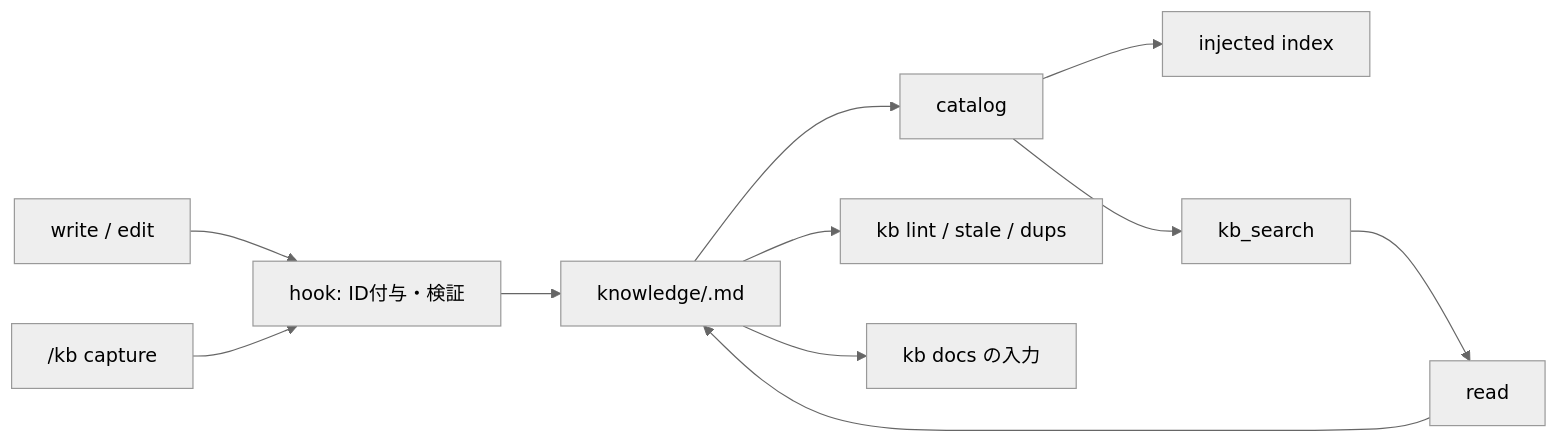
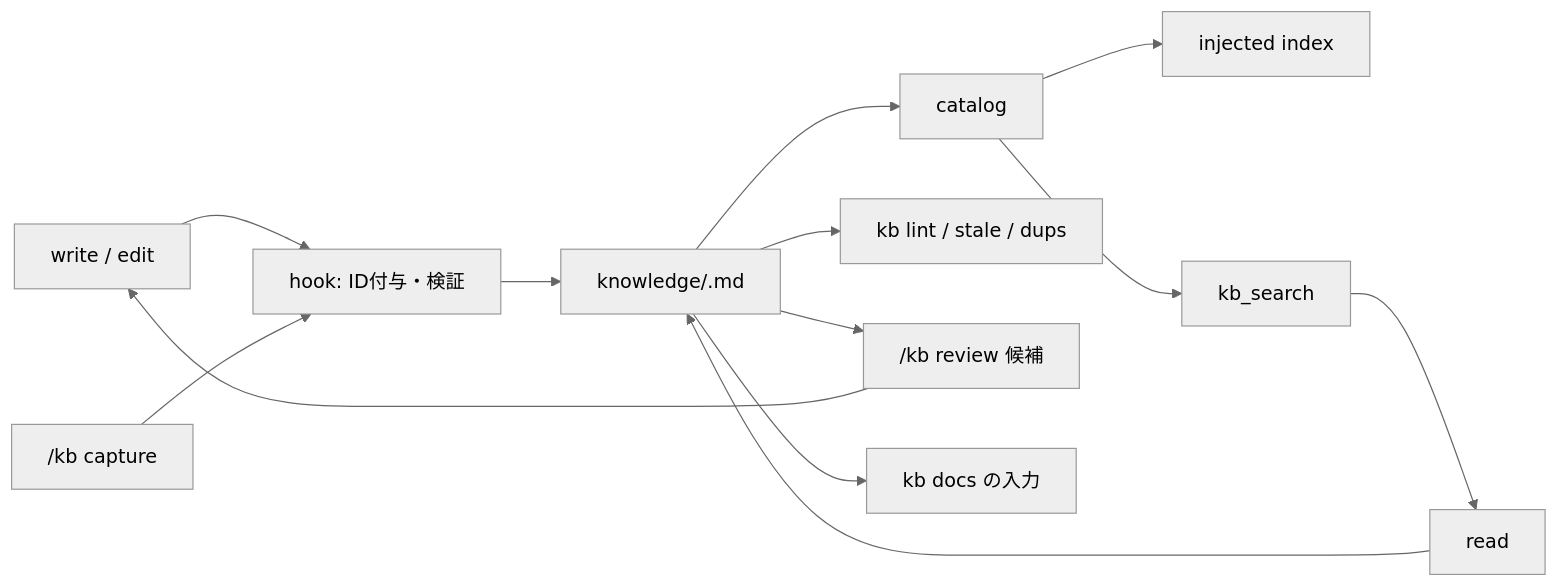
One commit to kurowashi/pi-knowledge changed the diagram in DESIGN.md. Above: the diagram before and after it, drawn with Mermaid (neutral theme). The commit also changed other lines of this file and 12 other files, not shown here.

````diff
--- a/DESIGN.md
+++ b/DESIGN.md
@@ -26,13 +27,14 @@
 ```mermaid
 flowchart LR
   W["write / edit"] --> H["hook: ID付与・検証"]
   H --> K["knowledge/<id>.md"]
   CAP["/kb capture"] --> H
   K --> C[catalog]
   C --> I["injected index"]
   C --> S["kb_search"]
   S --> R[read]
   R --> K
   K --> L["kb lint / stale / dups"]
+  K --> RV["/kb review 候補"] --> W
   K --> T["kb docs の入力"]
 ```
````
